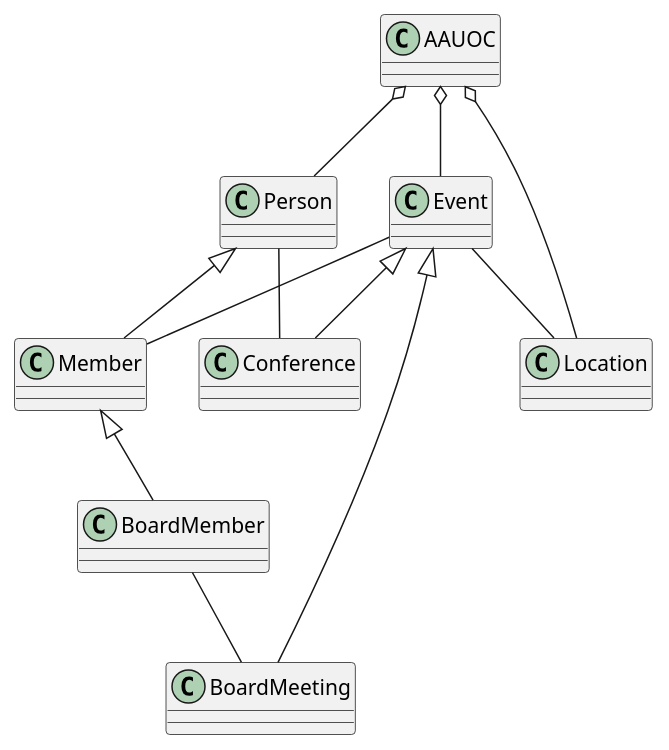
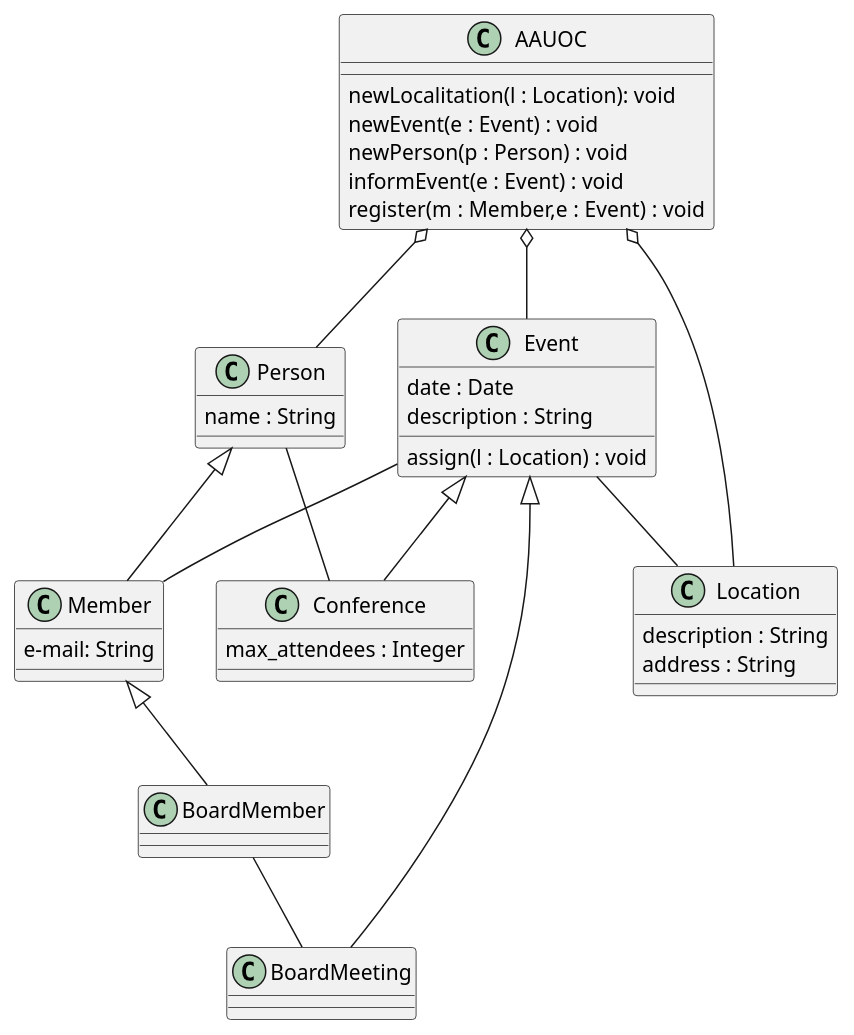
One commit to b3n0nk3/UMLClasesAngelFuentes changed the diagram in Test.puml. Above: the diagram before and after it, drawn with PlantUML.

Commit message:
Introduccion de metodos y atributos

```diff
--- a/Test.puml
+++ b/Test.puml
@@ -1,30 +1,56 @@
 @startuml
 
-class Member
+class Member{
+     e-mail: String
+}
+
 class BoardMember
-class Event
-class Conference
+
+class Event{
+    date : Date
+    description : String
+    assign(l : Location) : void
+}
+
+class Conference{
+    max_attendees : Integer
+}
+
 class BoardMeeting
-class Location
-class Person
-class AAUOC
+
+class Location{
+    description : String
+    address : String
+}
+
+class Person{
+    name : String
+}
+
+class AAUOC {
+    newLocalitation(l : Location): void
+    newEvent(e : Event) : void
+    newPerson(p : Person) : void
+    informEvent(e : Event) : void
+    register(m : Member,e : Event) : void
+}
 
 AAUOC o-- Event
 AAUOC o-- Person
 AAUOC o-- Location
 
 
 Event <|-- Conference
 Event <|-- BoardMeeting
 
 Person <|-- Member
 Member <|--BoardMember
 
 Event -- Member
 Event -- Location
 
 Person -- Conference
 
 BoardMember -- BoardMeeting
 
 @enduml
```
